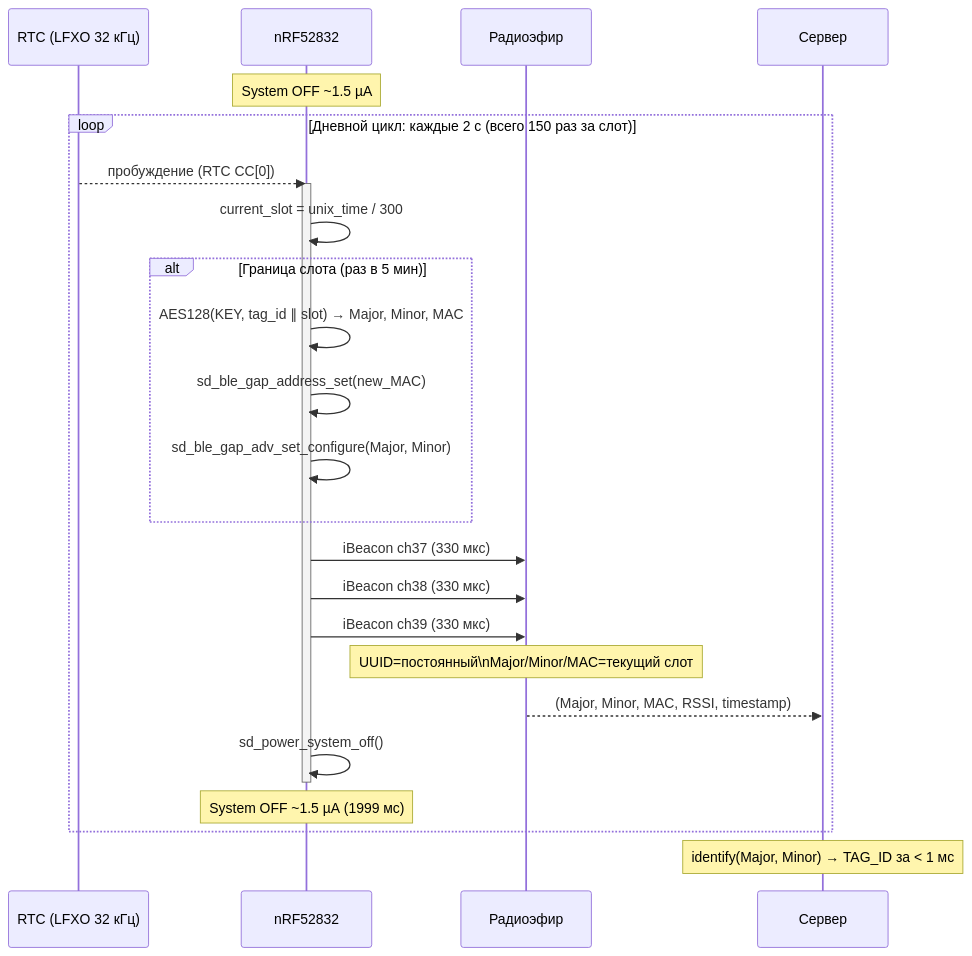
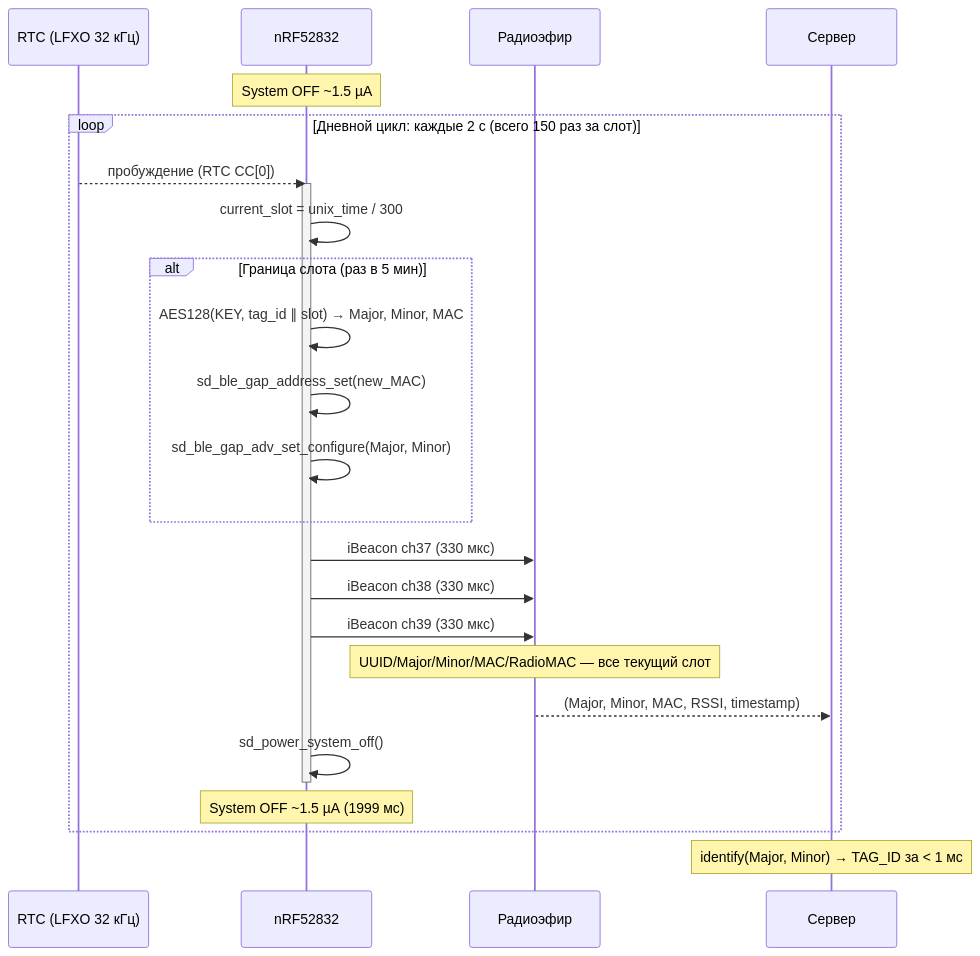
Before and after one commit to sayr777/dynamic-iBeacon: the second of 3 diagrams in docs/protocol.md, drawn with Mermaid. The commit also changed other lines of this file and 10 other files, not shown here.

````diff
--- a/docs/protocol.md
+++ b/docs/protocol.md
@@ -95,37 +98,37 @@
 ```mermaid
 sequenceDiagram
     participant RTC  as RTC (LFXO 32 кГц)
     participant MCU  as nRF52832
     participant AIR  as Радиоэфир
     participant SRV  as Сервер
 
     Note over MCU: System OFF ~1.5 µА
 
     loop Дневной цикл: каждые 2 с (всего 150 раз за слот)
 
         RTC  -->> MCU  : пробуждение (RTC CC[0])
         activate MCU
 
         MCU  ->>  MCU  : current_slot = unix_time / 300
 
         alt Граница слота (раз в 5 мин)
             MCU  ->>  MCU  : AES128(KEY, tag_id ∥ slot) → Major, Minor, MAC
             MCU  ->>  MCU  : sd_ble_gap_address_set(new_MAC)
             MCU  ->>  MCU  : sd_ble_gap_adv_set_configure(Major, Minor)
         end
 
         MCU  ->>  AIR  : iBeacon ch37 (330 мкс)
         MCU  ->>  AIR  : iBeacon ch38 (330 мкс)
         MCU  ->>  AIR  : iBeacon ch39 (330 мкс)
-        Note over AIR  : UUID=постоянный\nMajor/Minor/MAC=текущий слот
+        Note over AIR  : UUID/Major/Minor/MAC/RadioMAC — все текущий слот
 
         AIR  -->> SRV  : (Major, Minor, MAC, RSSI, timestamp)
 
         MCU  ->>  MCU  : sd_power_system_off()
         deactivate MCU
 
         Note over MCU: System OFF ~1.5 µА (1999 мс)
     end
 
     Note over SRV: identify(Major, Minor) → TAG_ID за < 1 мс
 ```
````
